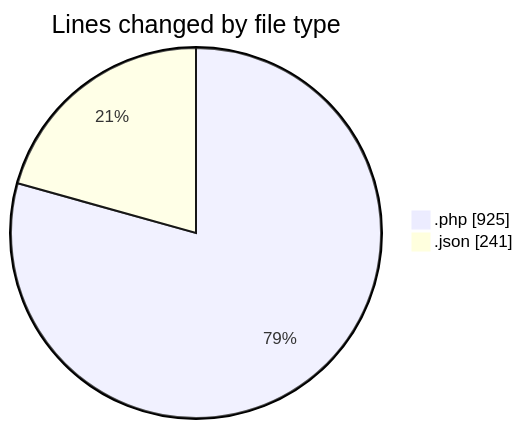
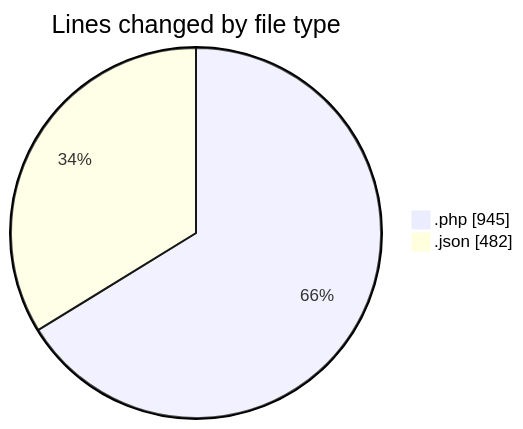
The first of 2 diagrams in 2025-03-28/autodidak/README.md (idhammustaqopulfikri/code-tracking), drawn with Mermaid before and after one commit. The commit also changed other lines of this file and 1 other file, not shown here.

````diff
--- a/2025-03-28/autodidak/README.md
+++ b/2025-03-28/autodidak/README.md
@@ -27,6 +27,6 @@
 ```mermaid
 pie showData
 title Lines changed by file type
-".php" : 925
-".json" : 241
+".php" : 945
+".json" : 482
 ```
````
